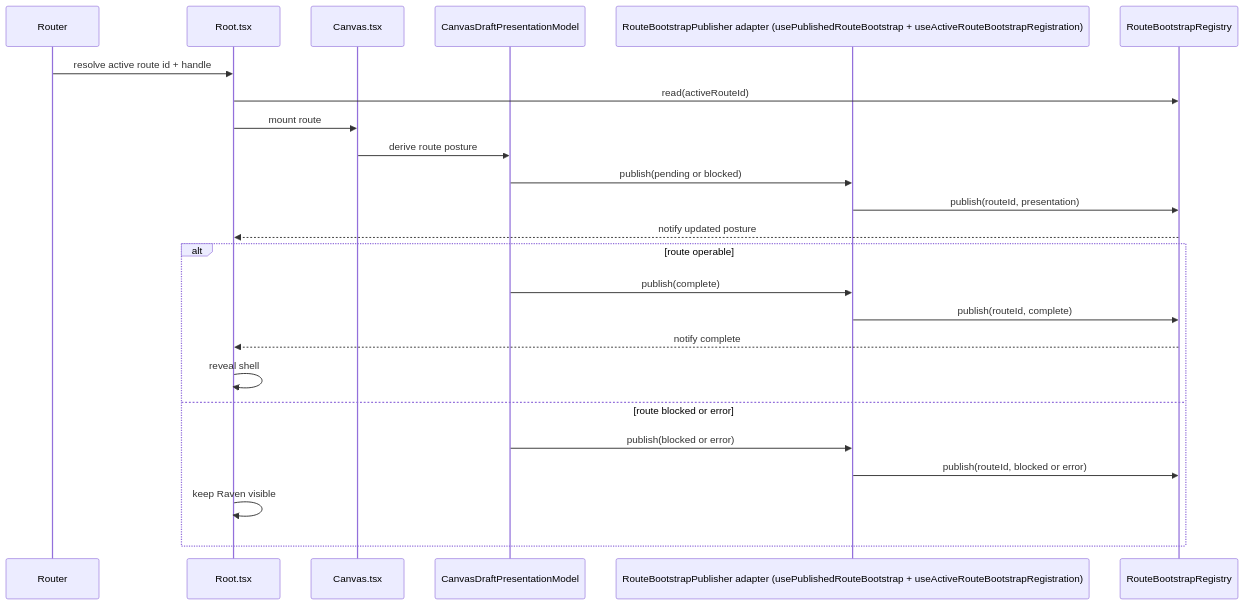
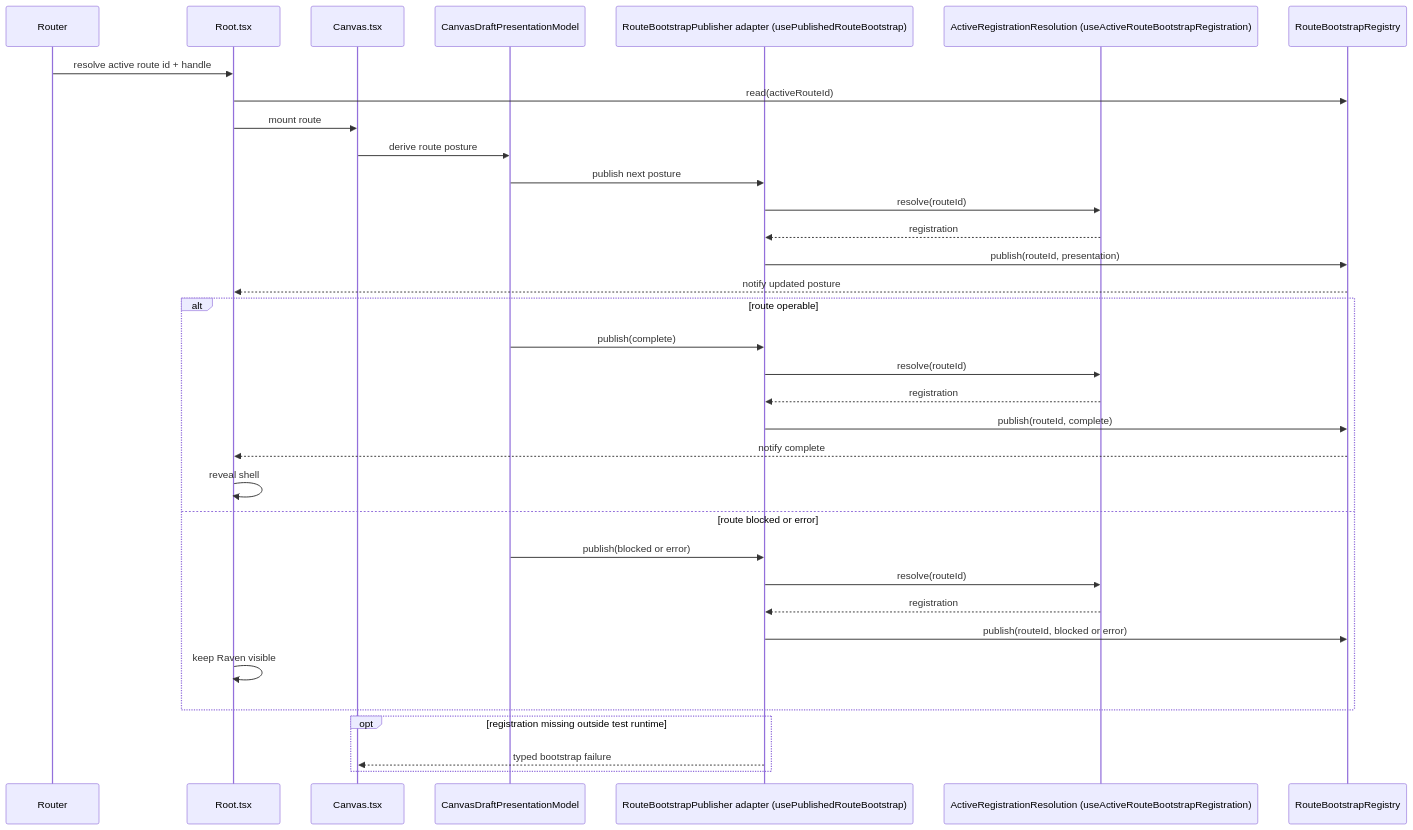
The fifth of 9 diagrams in docs/planning/proposals/mandatory/frontend-and-ux/tf-e2-canvas-target-architecture-execution-plan-20260417.md (dunay2/dvt), drawn with Mermaid before and after one commit. The commit also changed other lines of this file and 14 other files, not shown here.

Commit message:
refactor(web): Harden route bootstrap detection and align graph docs

````diff
--- a/docs/planning/proposals/mandatory/frontend-and-ux/tf-e2-canvas-target-architecture-execution-plan-20260417.md
+++ b/docs/planning/proposals/mandatory/frontend-and-ux/tf-e2-canvas-target-architecture-execution-plan-20260417.md
@@ -497,27 +551,37 @@
 ```mermaid
 sequenceDiagram
   participant Router as Router
   participant Root as Root.tsx
   participant Canvas as Canvas.tsx
   participant Presentation as CanvasDraftPresentationModel
-  participant Publisher as RouteBootstrapPublisher adapter (usePublishedRouteBootstrap + useActiveRouteBootstrapRegistration)
+  participant Publisher as RouteBootstrapPublisher adapter (usePublishedRouteBootstrap)
+  participant ActiveResolution as ActiveRegistrationResolution (useActiveRouteBootstrapRegistration)
   participant Registry as RouteBootstrapRegistry
 
   Router->>Root: resolve active route id + handle
   Root->>Registry: read(activeRouteId)
   Root->>Canvas: mount route
   Canvas->>Presentation: derive route posture
-  Presentation->>Publisher: publish(pending or blocked)
+  Presentation->>Publisher: publish next posture
+  Publisher->>ActiveResolution: resolve(routeId)
+  ActiveResolution-->>Publisher: registration
   Publisher->>Registry: publish(routeId, presentation)
   Registry-->>Root: notify updated posture
   alt route operable
     Presentation->>Publisher: publish(complete)
+    Publisher->>ActiveResolution: resolve(routeId)
+    ActiveResolution-->>Publisher: registration
     Publisher->>Registry: publish(routeId, complete)
     Registry-->>Root: notify complete
     Root->>Root: reveal shell
   else route blocked or error
     Presentation->>Publisher: publish(blocked or error)
+    Publisher->>ActiveResolution: resolve(routeId)
+    ActiveResolution-->>Publisher: registration
     Publisher->>Registry: publish(routeId, blocked or error)
     Root->>Root: keep Raven visible
   end
+  opt registration missing outside test runtime
+    Publisher-->>Canvas: typed bootstrap failure
+  end
 ```
````
